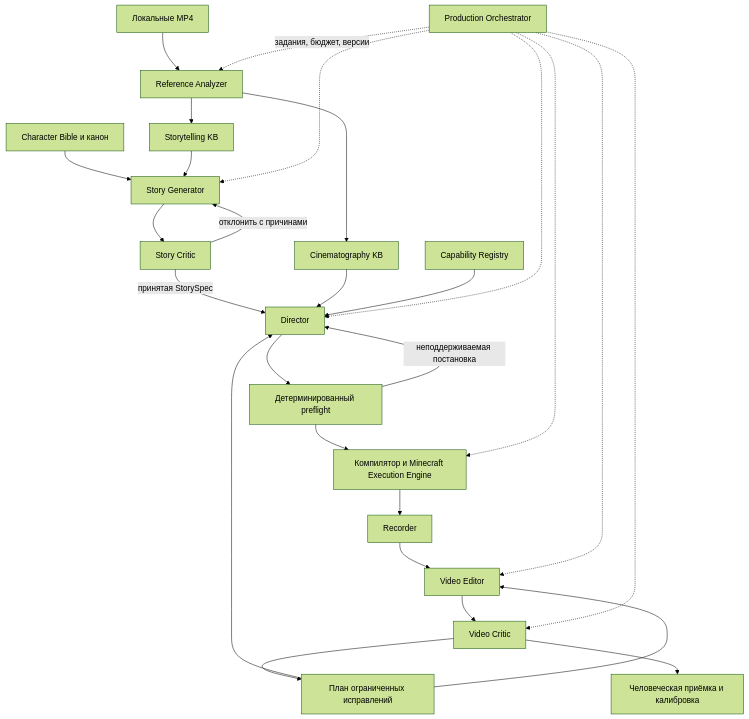
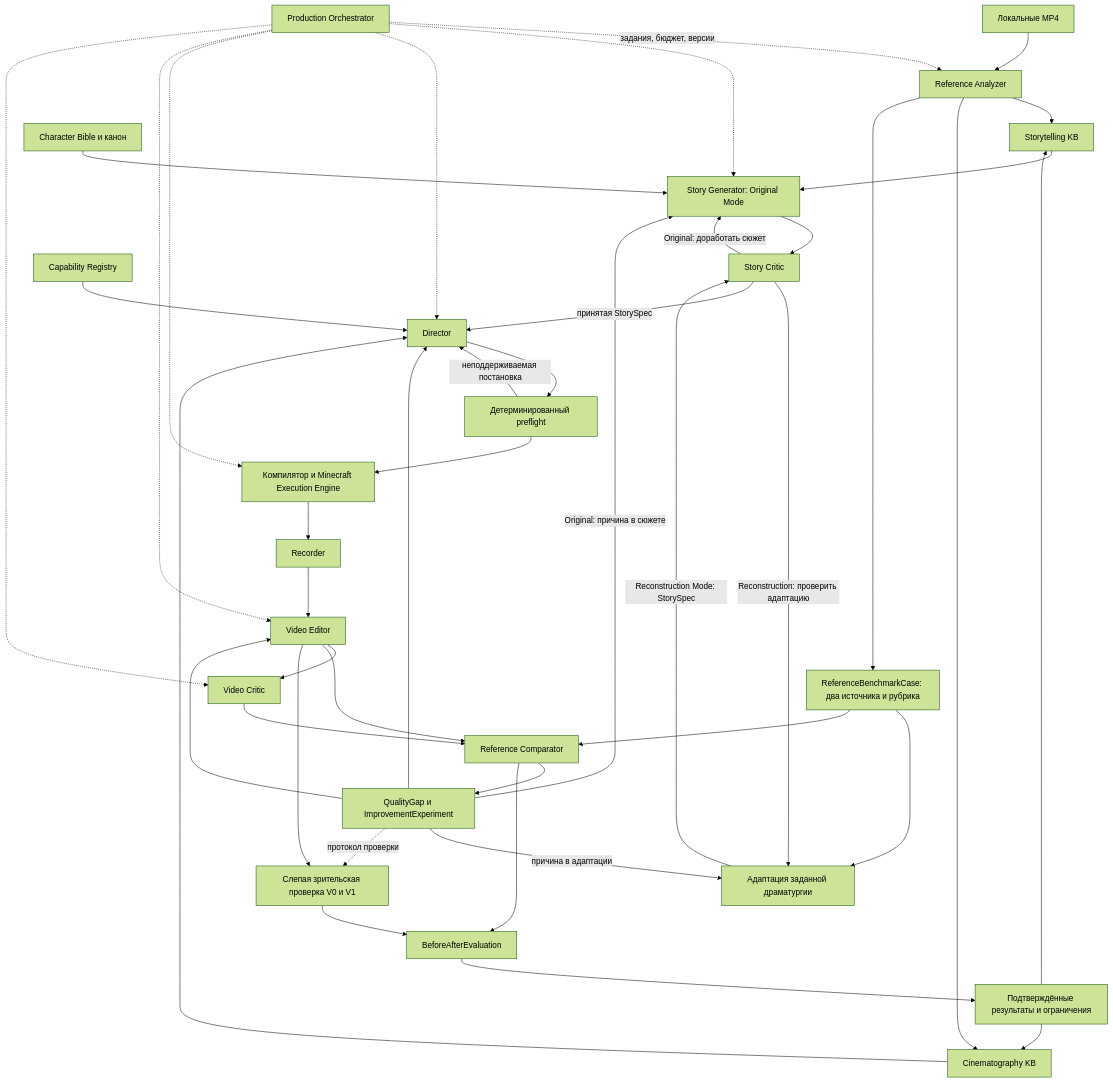
Before and after one commit to Hosttik/mafs: the diagram in docs/ARCHITECTURE.md, drawn with Mermaid (forest theme). The commit also changed other lines of this file and 4 other files, not shown here.

Commit message:
Refocus film studio MVP on reference-driven comparative improvement

````diff
--- a/docs/ARCHITECTURE.md
+++ b/docs/ARCHITECTURE.md
@@ -35,29 +52,44 @@
 ```mermaid
 flowchart TD
     R[Локальные MP4] --> A[Reference Analyzer]
     A --> SK[Storytelling KB]
     A --> CK[Cinematography KB]
-    CB[Character Bible и канон] --> SG[Story Generator]
+    A --> BC[ReferenceBenchmarkCase: два источника и рубрика]
+    BC --> RA[Адаптация заданной драматургии]
+    CB[Character Bible и канон] --> SG[Story Generator: Original Mode]
     SK --> SG
     SG --> SC[Story Critic]
-    SC -->|отклонить с причинами| SG
+    SC -->|Original: доработать сюжет| SG
+    SC -->|Reconstruction: проверить адаптацию| RA
     SC -->|принятая StorySpec| D[Director]
+    RA -->|Reconstruction Mode: StorySpec| SC
     CK --> D
     CAP[Capability Registry] --> D
     D --> P[Детерминированный preflight]
     P -->|неподдерживаемая постановка| D
     P --> C[Компилятор и Minecraft Execution Engine]
     C --> REC[Recorder]
     REC --> E[Video Editor]
     E --> VC[Video Critic]
-    VC --> RP[План ограниченных исправлений]
+    BC --> CMP[Reference Comparator]
+    VC --> CMP
+    E --> CMP
+    CMP --> RP[QualityGap и ImprovementExperiment]
     RP --> D
     RP --> E
-    VC --> H[Человеческая приёмка и калибровка]
+    RP -->|причина в адаптации| RA
+    RP -->|Original: причина в сюжете| SG
+    RP -. протокол проверки .-> H[Слепая зрительская проверка V0 и V1]
+    E --> H
+    H --> BA[BeforeAfterEvaluation]
+    CMP --> BA
+    BA --> K[Подтверждённые результаты и ограничения]
+    K --> SK
+    K --> CK
     O[Production Orchestrator] -. задания, бюджет, версии .-> A
     O -.-> SG
     O -.-> D
     O -.-> C
     O -.-> E
     O -.-> VC
 ```
````
